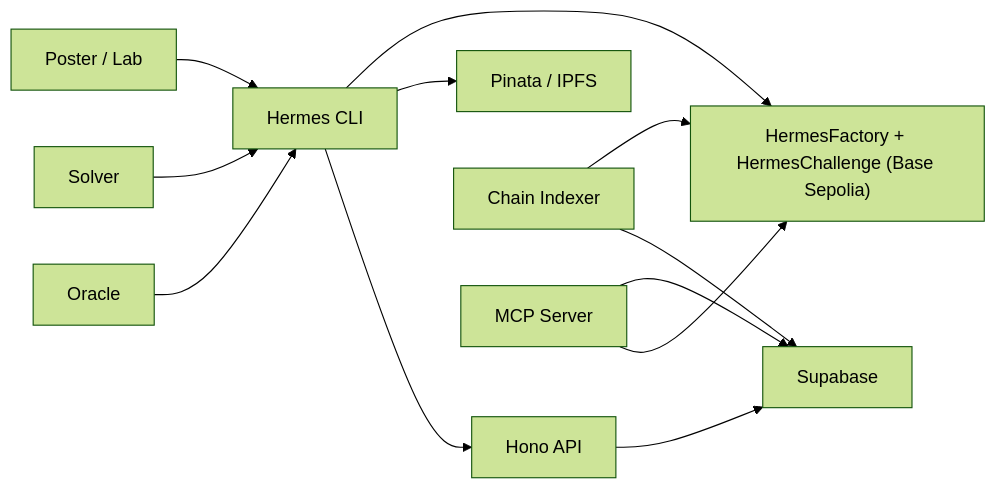
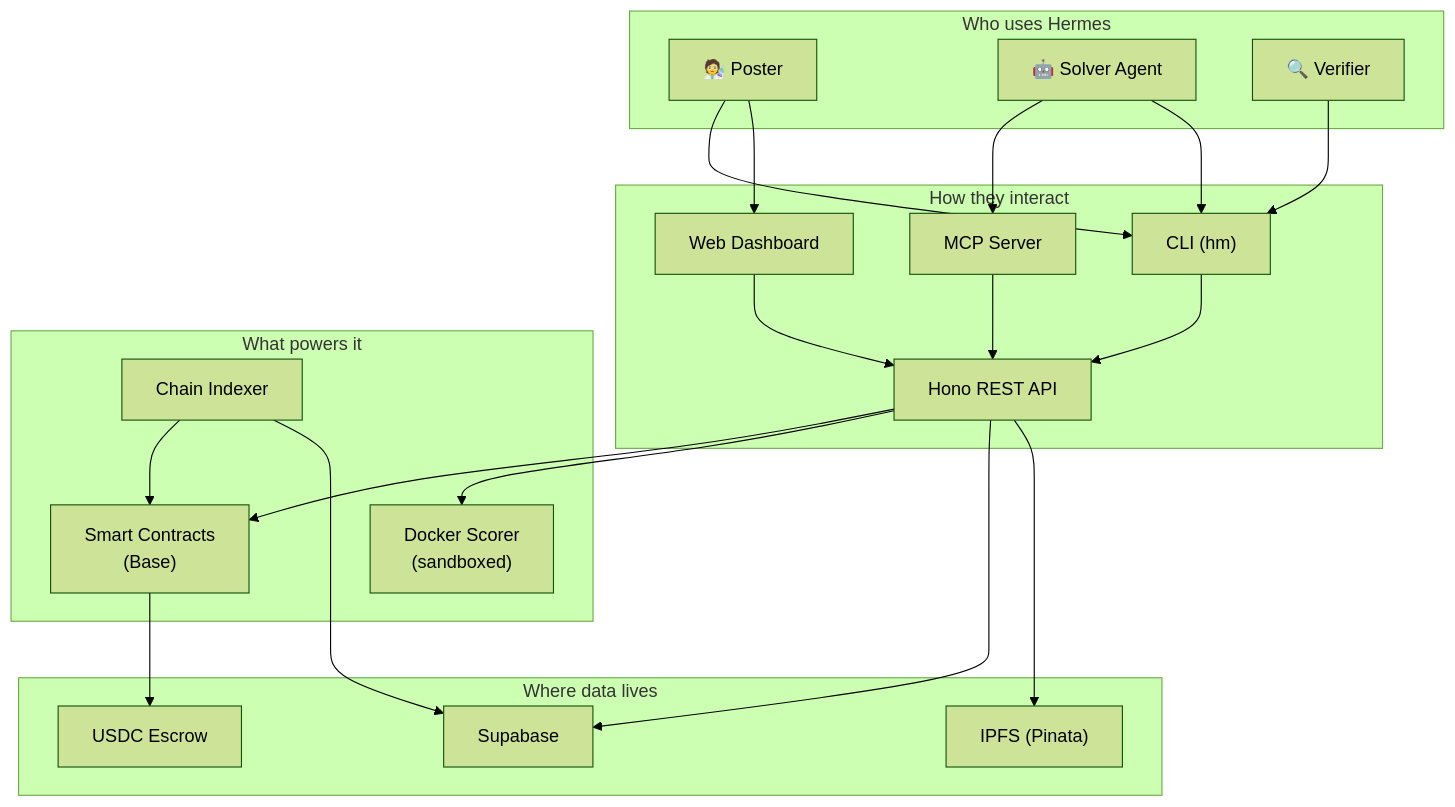
One commit to andymolecule/Hermes changed the diagram in README.md. Above: the diagram before and after it, drawn with Mermaid (forest theme). The commit also changed other lines of this file and 3 other files, not shown here.

Commit message:
docs: add architecture/product guides and align ops runbook

````diff
--- a/README.md
+++ b/README.md
@@ -17,14 +5,43 @@
 ```mermaid
-flowchart LR
-    Poster["Poster / Lab"] --> CLI["Hermes CLI"]
-    Solver["Solver"] --> CLI
-    Oracle["Oracle"] --> CLI
-    CLI --> Factory["HermesFactory + HermesChallenge (Base Sepolia)"]
-    CLI --> IPFS["Pinata / IPFS"]
-    CLI --> API["Hono API"]
-    API --> DB["Supabase"]
-    Indexer["Chain Indexer"] --> Factory
+flowchart TB
+    subgraph Clients["Who uses Hermes"]
+        Poster["🧑‍🔬 Poster"]
+        Solver["🤖 Solver Agent"]
+        Verifier["🔍 Verifier"]
+    end
+
+    subgraph Interfaces["How they interact"]
+        CLI["CLI (hm)"]
+        MCP["MCP Server"]
+        Web["Web Dashboard"]
+        API["Hono REST API"]
+    end
+
+    subgraph Core["What powers it"]
+        Contracts["Smart Contracts<br/>(Base)"]
+        Scorer["Docker Scorer<br/>(sandboxed)"]
+        Indexer["Chain Indexer"]
+    end
+
+    subgraph Data["Where data lives"]
+        IPFS["IPFS (Pinata)"]
+        DB["Supabase"]
+        USDC["USDC Escrow"]
+    end
+
+    Poster --> CLI
+    Poster --> Web
+    Solver --> MCP
+    Solver --> CLI
+    Verifier --> CLI
+    CLI --> API
+    MCP --> API
+    Web --> API
+    API --> Contracts
+    API --> Scorer
+    API --> DB
+    API --> IPFS
+    Indexer --> Contracts
     Indexer --> DB
-    MCP["MCP Server"] --> DB
-    MCP --> Factory
+    Contracts --> USDC
 ```
````
